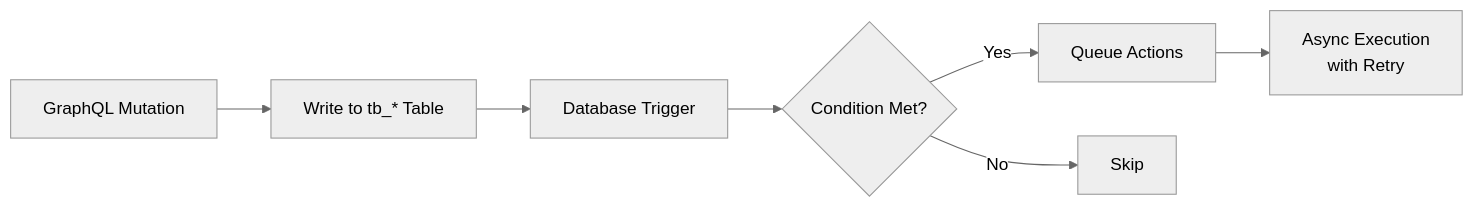
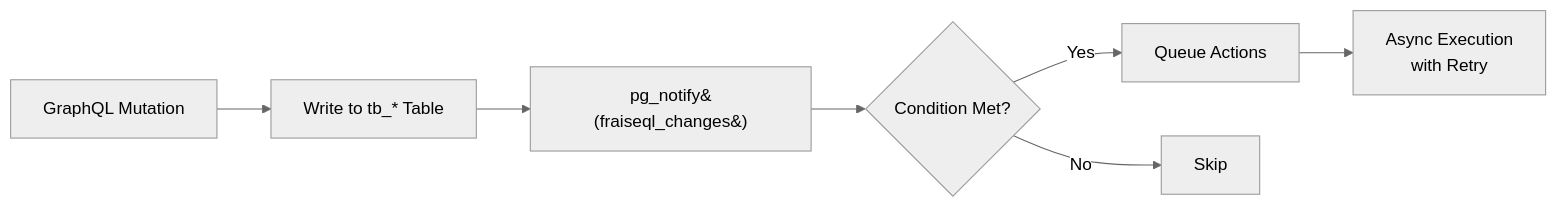
The first of 2 diagrams in src/content/docs/concepts/observers.mdx (fraiseql/fraiseql-docs), drawn with Mermaid (neutral theme) before and after one commit. The commit also changed other lines of this file and 16 other files, not shown here.

````diff
--- a/src/content/docs/concepts/observers.mdx
+++ b/src/content/docs/concepts/observers.mdx
@@ -678,9 +363,9 @@
 ```mermaid
 graph LR
     A[GraphQL Mutation] --> B[Write to tb_* Table]
-    B --> C[Database Trigger]
+    B --> C[pg_notify&#40;fraiseql_changes&#41;]
     C --> D{Condition Met?}
     D -->|Yes| E[Queue Actions]
     D -->|No| F[Skip]
     E --> G[Async Execution<br/>with Retry]
 ```
````
